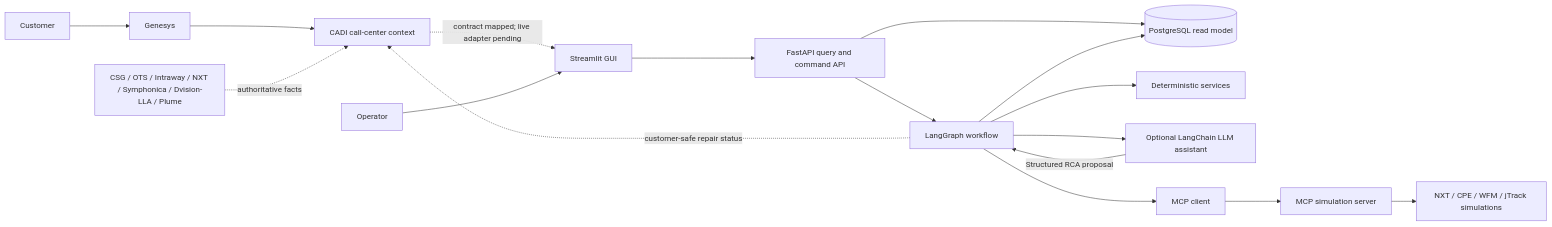
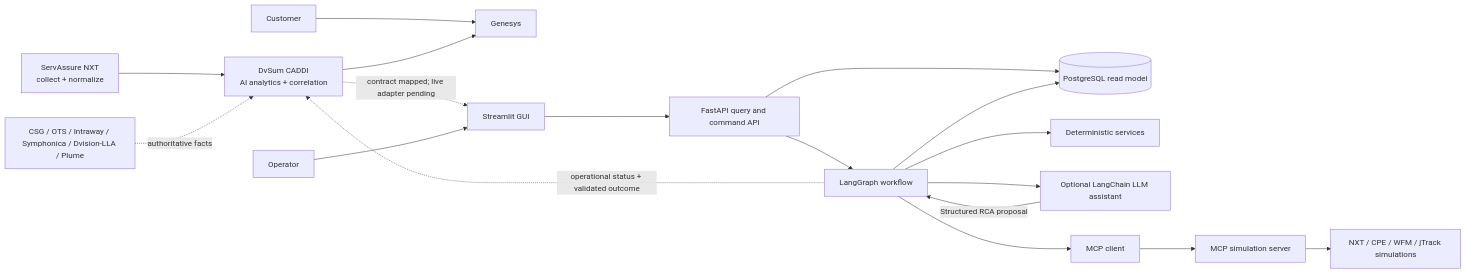
One commit to cbartosch/CPE-ServAs-light changed the diagram in README.md. Above: the diagram before and after it, drawn with Mermaid. The commit also changed other lines of this file and 33 other files, not shown here.

First line of the commit message:
fix: correct Stage 1 to DvSum CADDI

````diff
--- a/README.md
+++ b/README.md
@@ -234,19 +241,22 @@
 ```mermaid
 flowchart LR
     C[Customer] --> GX[Genesys]
-    GX --> CADI[CADI call-center context]
-    S[CSG / OTS / Intraway / NXT / Symphonica / Dvision-LLA / Plume] -. authoritative facts .-> CADI
-    CADI -. contract mapped; live adapter pending .-> UI[Streamlit GUI]
+    NXT[ServAssure NXT
+collect + normalize] --> CADDI[DvSum CADDI
+AI analytics + correlation]
+    S[CSG / OTS / Intraway / Symphonica / Dvision-LLA / Plume] -. authoritative facts .-> CADDI
+    CADDI --> GX
+    CADDI -. contract mapped; live adapter pending .-> UI[Streamlit GUI]
     U[Operator] --> UI
     UI --> API[FastAPI query and command API]
     API --> DB[(PostgreSQL read model)]
     API --> G[LangGraph workflow]
     G --> D[Deterministic services]
     G --> L[Optional LangChain LLM assistant]
     L -->|Structured RCA proposal| G
     G --> M[MCP client]
     M --> MS[MCP simulation server]
     MS --> N[NXT / CPE / WFM / jTrack simulations]
     G --> DB
-    G -. customer-safe repair status .-> CADI
+    G -. operational status + validated outcome .-> CADDI
 ```
````
